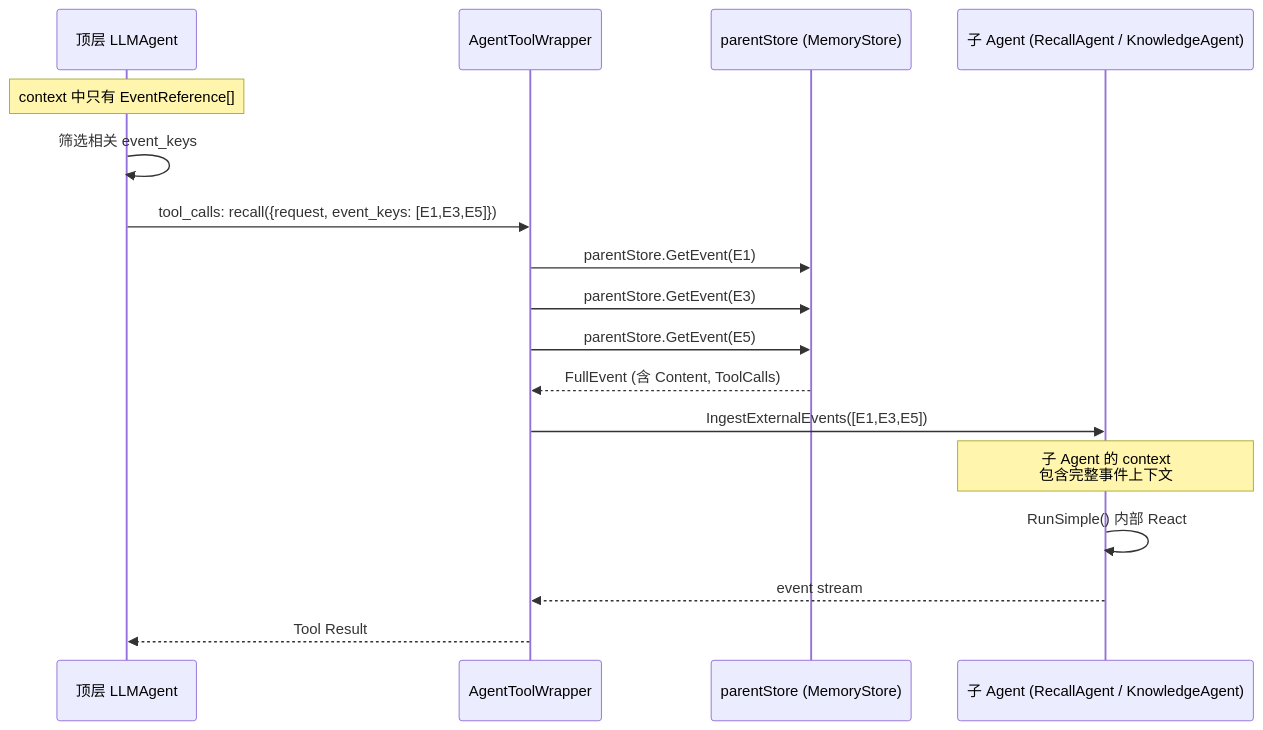
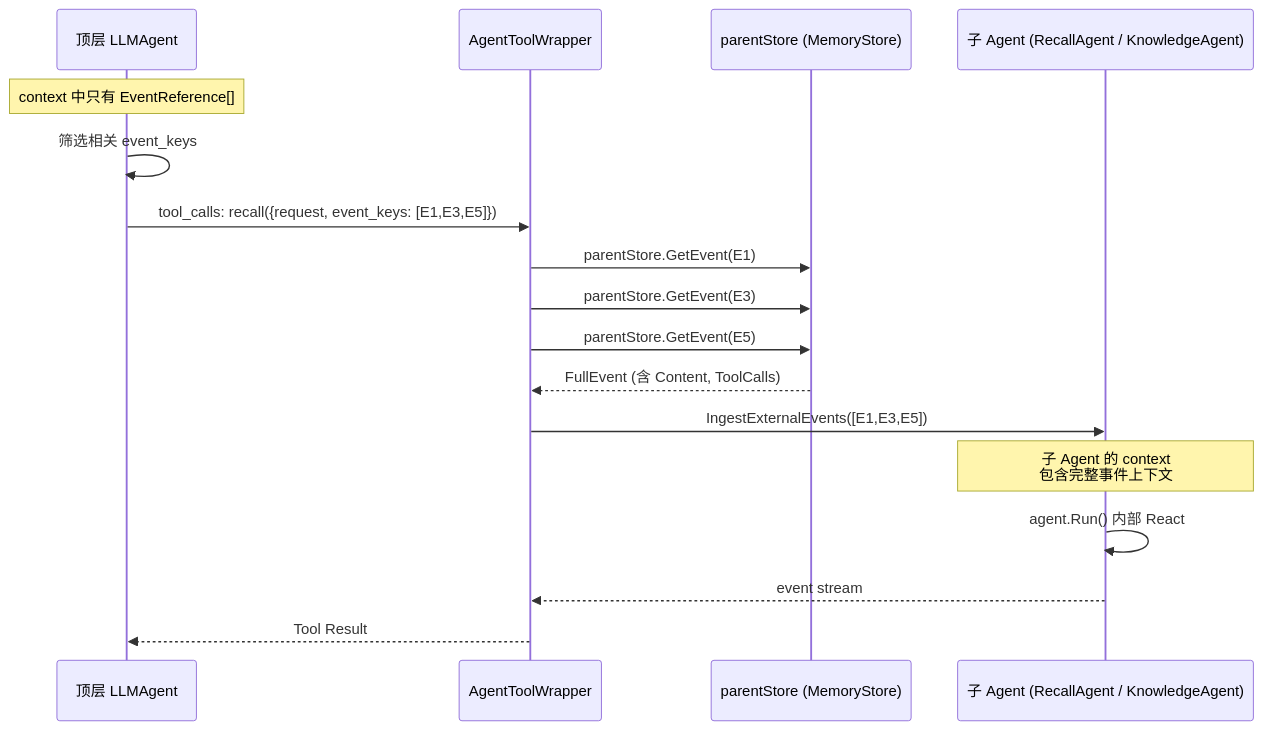
One commit to SpellingDragon/tagent changed the fourth of 5 diagrams in docs/wiki/memory/memory-architecture.md. Above: the diagram before and after it, drawn with Mermaid. The commit also changed other lines of this file and 8 other files, not shown here.

First line of the commit message:
docs: align wiki and README with event-driven architecture

````diff
--- a/docs/wiki/memory/memory-architecture.md
+++ b/docs/wiki/memory/memory-architecture.md
@@ -671,20 +671,20 @@
 ```mermaid
 sequenceDiagram
     participant LLM as 顶层 LLMAgent
     participant ATW as AgentToolWrapper
     participant MS as parentStore (MemoryStore)
     participant SA as 子 Agent (RecallAgent / KnowledgeAgent)
 
     Note over LLM: context 中只有 EventReference[]
     LLM->>LLM: 筛选相关 event_keys
     LLM->>ATW: tool_calls: recall({request, event_keys: [E1,E3,E5]})
     ATW->>MS: parentStore.GetEvent(E1)
     ATW->>MS: parentStore.GetEvent(E3)
     ATW->>MS: parentStore.GetEvent(E5)
     MS-->>ATW: FullEvent (含 Content, ToolCalls)
     ATW->>SA: IngestExternalEvents([E1,E3,E5])
     Note over SA: 子 Agent 的 context<br/>包含完整事件上下文
-    SA->>SA: RunSimple() 内部 React
+    SA->>SA: agent.Run() 内部 React
     SA-->>ATW: event stream
     ATW-->>LLM: Tool Result
 ```
````
